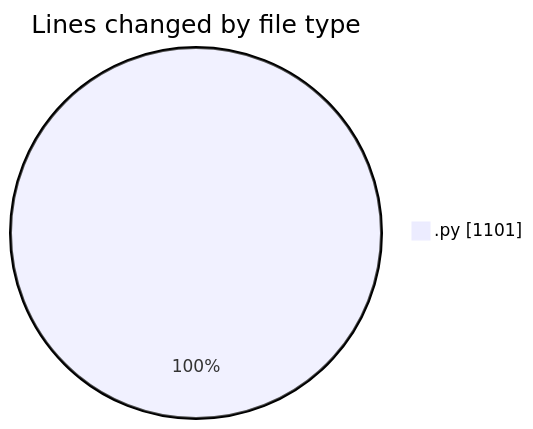
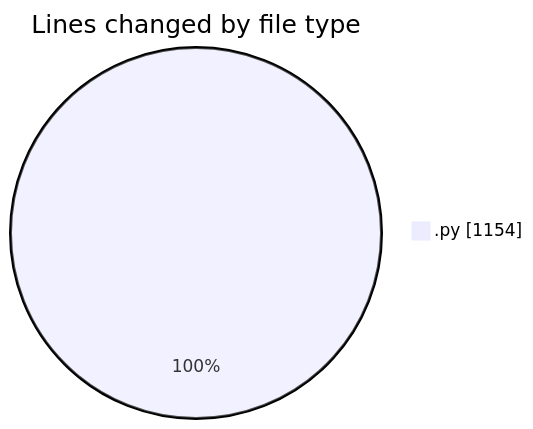
One commit to MatusMokan/code-tracking changed the first of 2 diagrams in 2025-03-18/myws__workspace_/README.md. Above: the diagram before and after it, drawn with Mermaid. The commit also changed other lines of this file and 1 other file, not shown here.

````diff
--- a/2025-03-18/myws__workspace_/README.md
+++ b/2025-03-18/myws__workspace_/README.md
@@ -23,5 +24,5 @@
 ```mermaid
 pie showData
 title Lines changed by file type
-".py" : 1101
+".py" : 1154
 ```
````
